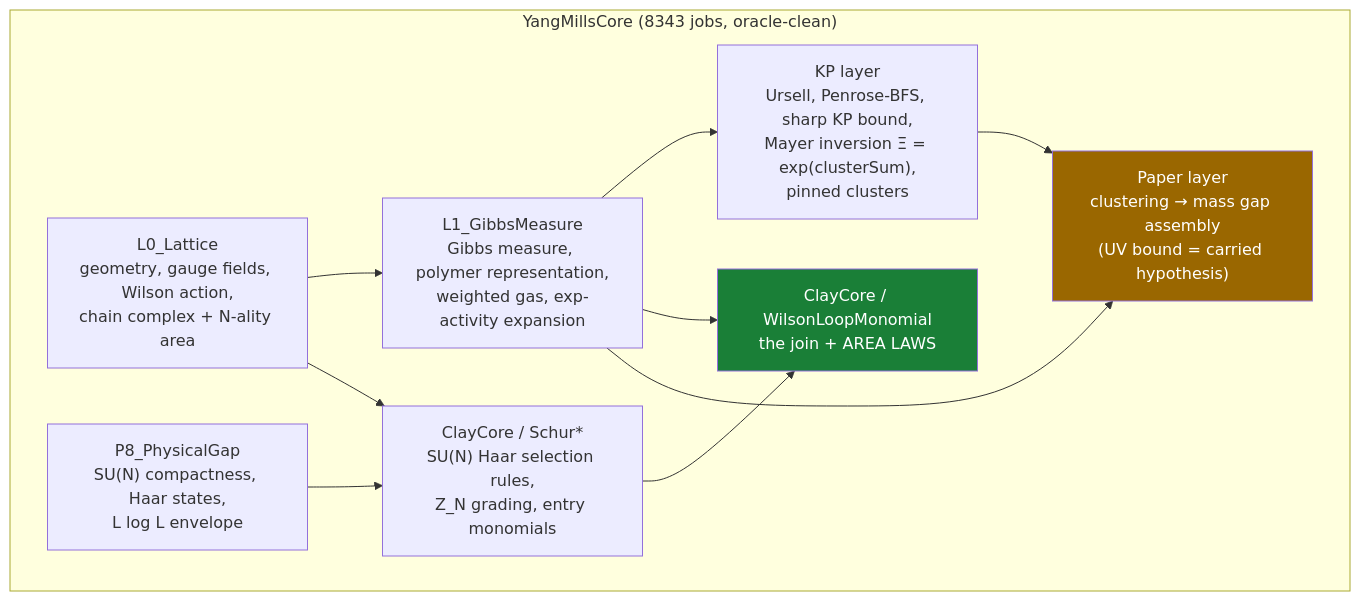
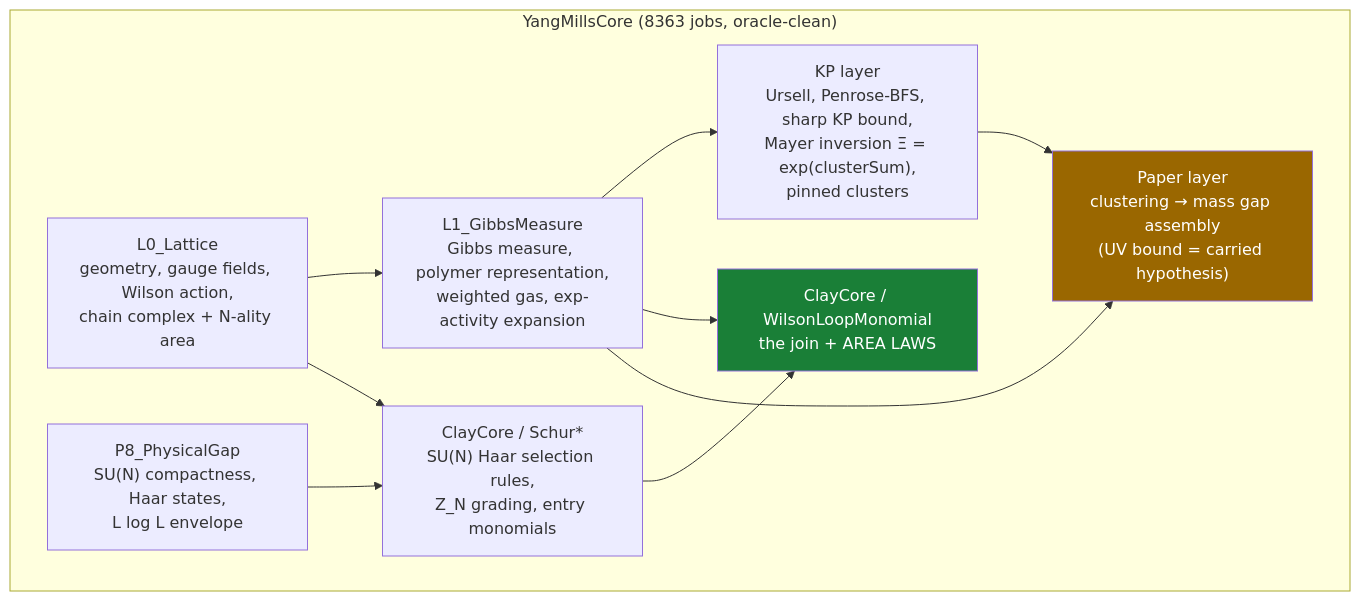
The diagram in README.md (lluiseriksson/THE-ERIKSSON-PROGRAMME), drawn with Mermaid before and after one commit. The commit also changed other lines of this file and 3 other files, not shown here.

````diff
--- a/README.md
+++ b/README.md
@@ -303,20 +306,20 @@
 ```mermaid
 graph TD
-    subgraph core["YangMillsCore  (8343 jobs, oracle-clean)"]
+    subgraph core["YangMillsCore  (8363 jobs, oracle-clean)"]
         L0["L0_Lattice<br/>geometry, gauge fields, Wilson action,<br/>chain complex + N-ality area"]
         L1["L1_GibbsMeasure<br/>Gibbs measure, polymer representation,<br/>weighted gas, exp-activity expansion"]
         KP["KP layer<br/>Ursell, Penrose-BFS, sharp KP bound,<br/>Mayer inversion Ξ = exp(clusterSum),<br/>pinned clusters"]
         SCHUR["ClayCore / Schur*<br/>SU(N) Haar selection rules,<br/>Z_N grading, entry monomials"]
         WLM["ClayCore / WilsonLoopMonomial<br/>the join + AREA LAWS"]
         PAPER["Paper layer<br/>clustering → mass gap assembly<br/>(UV bound = carried hypothesis)"]
         P8["P8_PhysicalGap<br/>SU(N) compactness, Haar states,<br/>L log L envelope"]
     end
     L0 --> L1 --> KP
     L0 --> SCHUR --> WLM
     L1 --> WLM
     L1 --> PAPER
     KP --> PAPER
     P8 --> SCHUR
     style WLM fill:#1a7f37,color:#fff
     style PAPER fill:#9a6700,color:#fff
 ```
````
